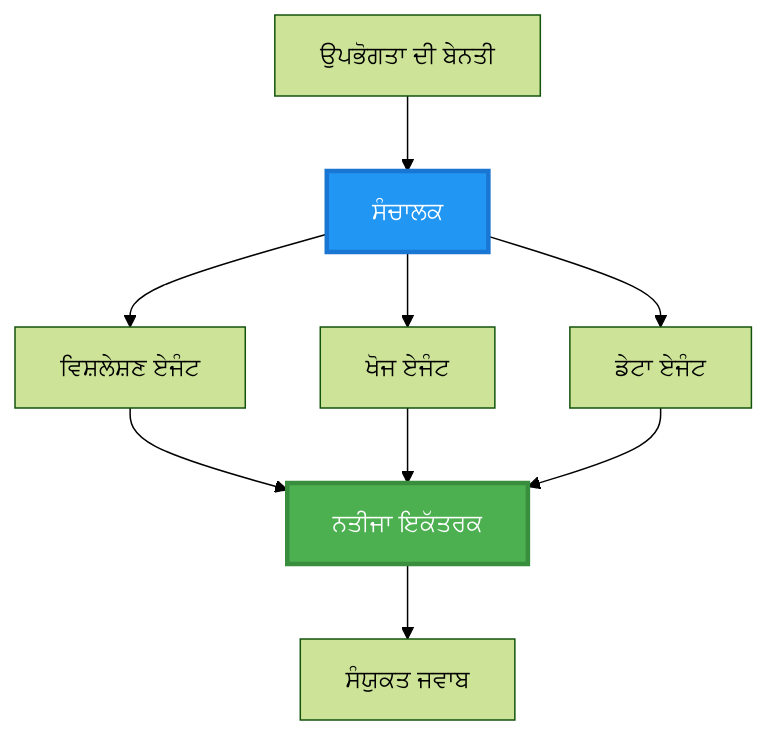
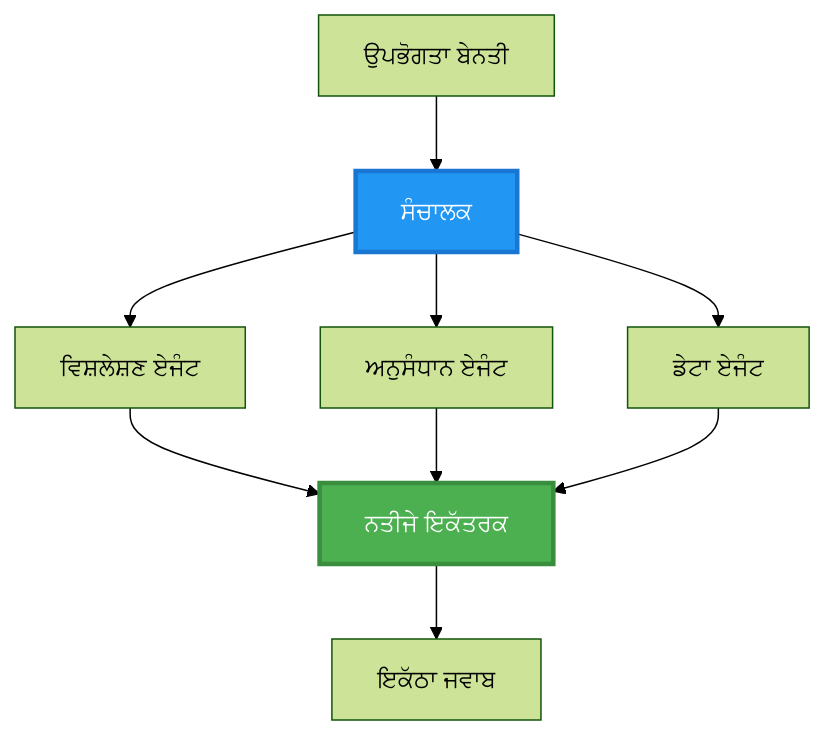
One commit to microsoft/AZD-for-beginners changed the second of 6 diagrams in translations/pa/docs/chapter-06-pre-deployment/coordination-patterns.md. Above: the diagram before and after it, drawn with Mermaid (forest theme). The commit also changed other lines of this file and 101 other files, not shown here.

````diff
--- a/translations/pa/docs/chapter-06-pre-deployment/coordination-patterns.md
+++ b/translations/pa/docs/chapter-06-pre-deployment/coordination-patterns.md
@@ -106,22 +100,22 @@
 ```mermaid
 graph TB
-    User[ਉਪਭੋਗਤਾ ਦੀ ਬੇਨਤੀ]
+    User[ਉਪਭੋਗਤਾ ਬੇਨਤੀ]
     Orchestrator[ਸੰਚਾਲਕ]
     Agent1[ਵਿਸ਼ਲੇਸ਼ਣ ਏਜੰਟ]
-    Agent2[ਖੋਜ ਏਜੰਟ]
+    Agent2[ਅਨੁਸੰਧਾਨ ਏਜੰਟ]
     Agent3[ਡੇਟਾ ਏਜੰਟ]
-    Aggregator[ਨਤੀਜਾ ਇਕੱਤਰਕ]
-    Response[ਸੰਯੁਕਤ ਜਵਾਬ]
+    Aggregator[ਨਤੀਜੇ ਇਕੱਤਰਕ]
+    Response[ਇਕੱਠਾ ਜਵਾਬ]
     
     User --> Orchestrator
     Orchestrator --> Agent1
     Orchestrator --> Agent2
     Orchestrator --> Agent3
     Agent1 --> Aggregator
     Agent2 --> Aggregator
     Agent3 --> Aggregator
     Aggregator --> Response
     
     style Orchestrator fill:#2196F3,stroke:#1976D2,stroke-width:3px,color:#fff
     style Aggregator fill:#4CAF50,stroke:#388E3C,stroke-width:3px,color:#fff
 ```
````
